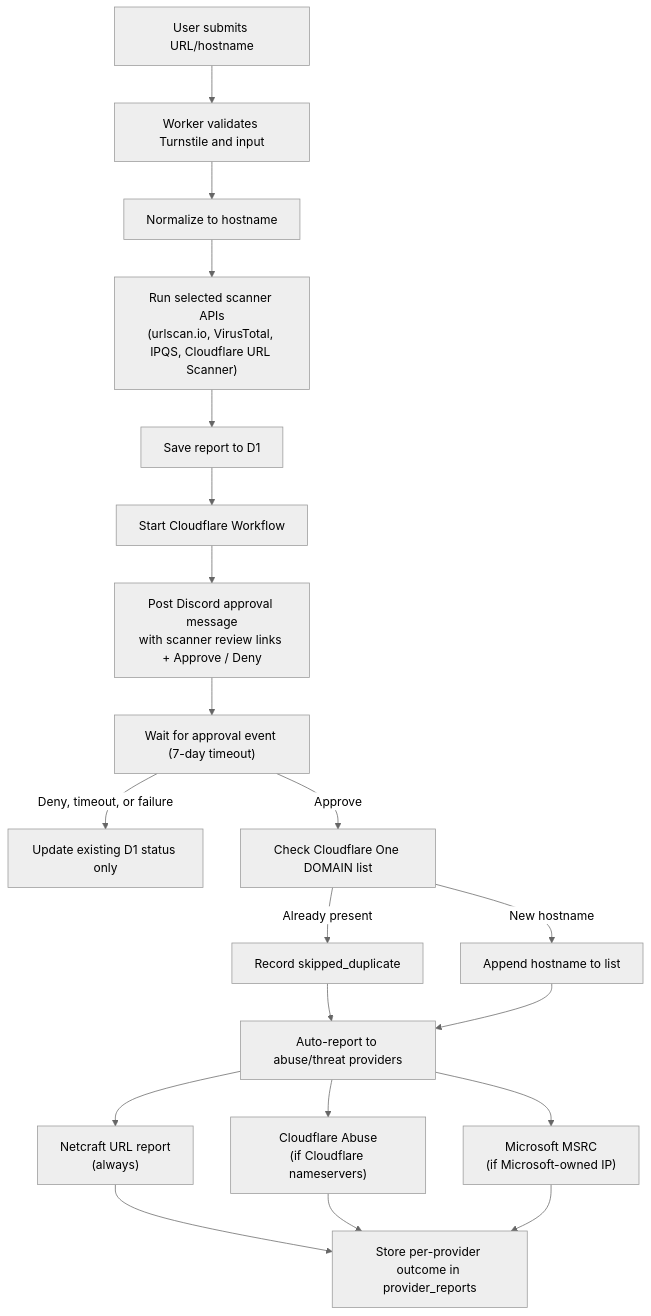
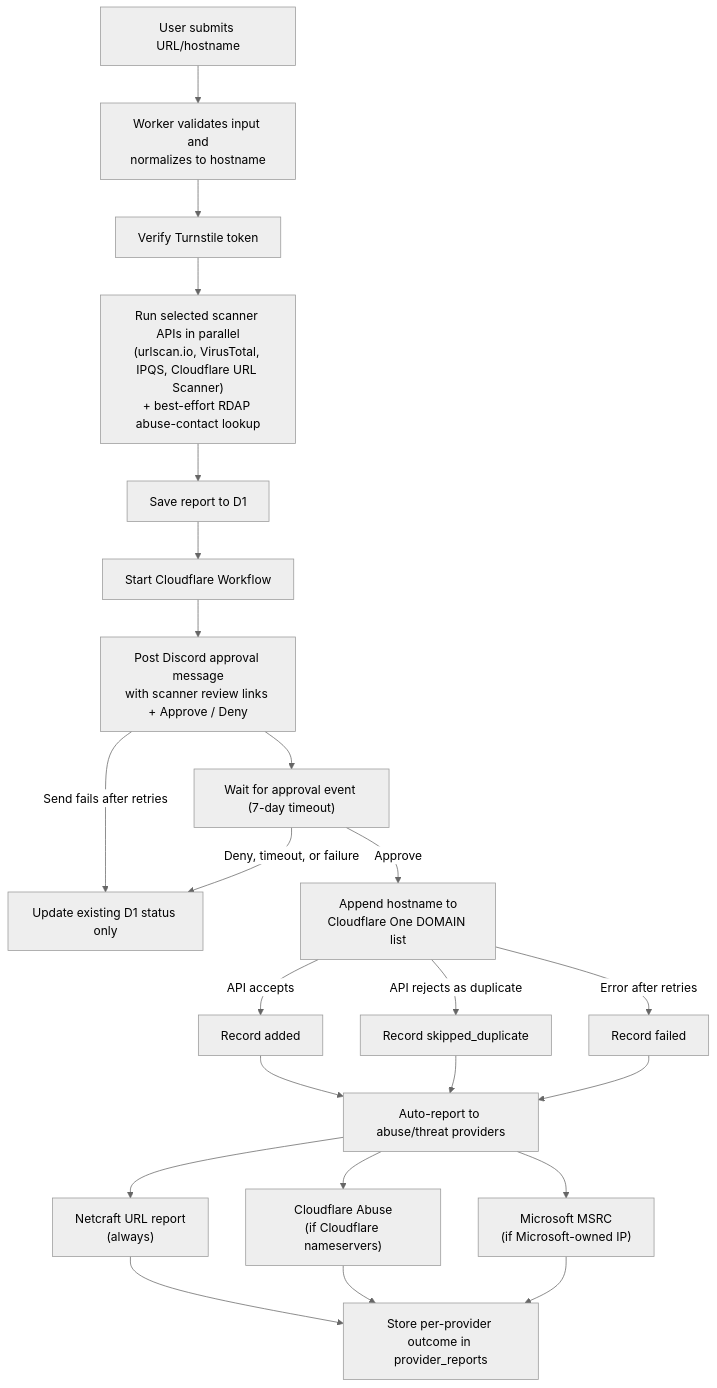
One commit to DavidJKTofan/phishing-submission-collector changed the diagram in README.md. Above: the diagram before and after it, drawn with Mermaid (neutral theme). The commit also changed other lines of this file, not shown here.

Commit message:
Updated flow details

````diff
--- a/README.md
+++ b/README.md
@@ -23,22 +23,25 @@
 ```mermaid
 flowchart TD
-    A["User submits URL/hostname"] --> B["Worker validates Turnstile and input"]
-    B --> C["Normalize to hostname"]
-    C --> D["Run selected scanner APIs<br/>(urlscan.io, VirusTotal, IPQS, Cloudflare URL Scanner)"]
+    A["User submits URL/hostname"] --> B["Worker validates input and<br/>normalizes to hostname"]
+    B --> C["Verify Turnstile token"]
+    C --> D["Run selected scanner APIs in parallel<br/>(urlscan.io, VirusTotal, IPQS, Cloudflare URL Scanner)<br/>+ best-effort RDAP abuse-contact lookup"]
     D --> E["Save report to D1"]
     E --> F["Start Cloudflare Workflow"]
     F --> G["Post Discord approval message<br/>with scanner review links + Approve / Deny"]
+    G -->|Send fails after retries| I["Update existing D1 status only"]
     G --> H["Wait for approval event (7-day timeout)"]
-    H -->|Deny, timeout, or failure| I["Update existing D1 status only"]
-    H -->|Approve| J["Check Cloudflare One DOMAIN list"]
-    J -->|Already present| K["Record skipped_duplicate"]
-    J -->|New hostname| L["Append hostname to list"]
+    H -->|Deny, timeout, or failure| I
+    H -->|Approve| J["Append hostname to<br/>Cloudflare One DOMAIN list"]
+    J -->|API accepts| K["Record added"]
+    J -->|API rejects as duplicate| L["Record skipped_duplicate"]
+    J -->|Error after retries| M2["Record failed"]
     K --> M["Auto-report to abuse/threat providers"]
     L --> M
+    M2 --> M
     M --> N["Netcraft URL report<br/>(always)"]
     M --> O["Cloudflare Abuse<br/>(if Cloudflare nameservers)"]
     M --> P["Microsoft MSRC<br/>(if Microsoft-owned IP)"]
     N --> Q["Store per-provider outcome in provider_reports"]
     O --> Q
     P --> Q
 ```
````
